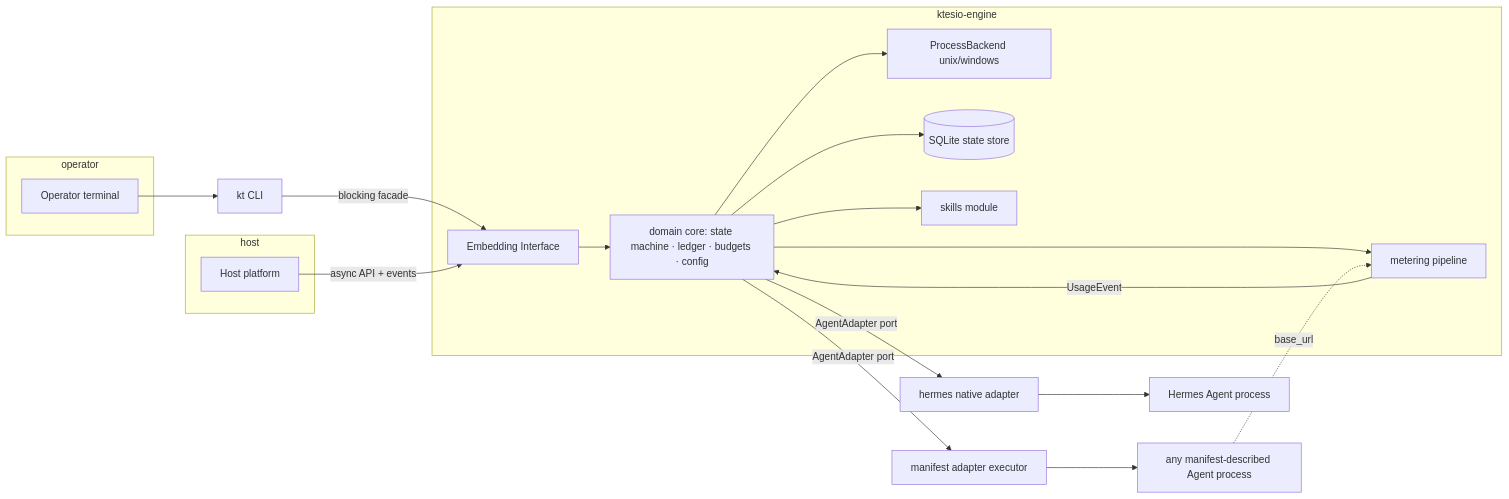
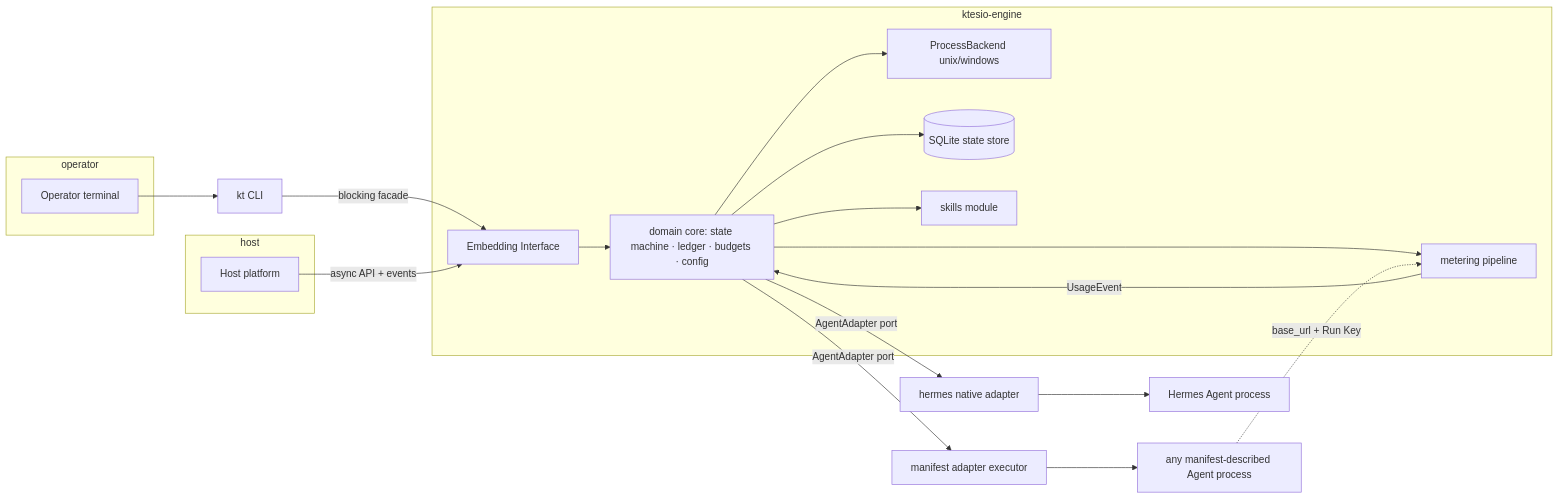
One commit to Ktesio/hekma changed the fourth of 4 diagrams in _bmad-output/planning-artifacts/architecture/architecture-ktesio-2026-07-02/ARCHITECTURE-SPINE.md. Above: the diagram before and after it, drawn with Mermaid. The commit also changed other lines of this file and 17 other files, not shown here.

````diff
--- a/_bmad-output/planning-artifacts/architecture/architecture-ktesio-2026-07-02/ARCHITECTURE-SPINE.md
+++ b/_bmad-output/planning-artifacts/architecture/architecture-ktesio-2026-07-02/ARCHITECTURE-SPINE.md
@@ -371,25 +508,25 @@
 ```mermaid
 graph LR
     subgraph operator
         OP[Operator terminal]
     end
     subgraph host
         HP[Host platform]
     end
     OP --> KT[kt CLI]
     KT -->|blocking facade| EI[Embedding Interface]
     HP -->|async API + events| EI
     subgraph engine [ktesio-engine]
         EI --> CORE[domain core: state machine · ledger · budgets · config]
         CORE --> PB[ProcessBackend unix/windows]
         CORE --> SS[(SQLite state store)]
         CORE --> MET[metering pipeline]
         CORE --> SK[skills module]
     end
     MET -->|UsageEvent| CORE
     CORE -->|AgentAdapter port| AD1[hermes native adapter]
     CORE -->|AgentAdapter port| AD2[manifest adapter executor]
     AD1 --> AG1[Hermes Agent process]
     AD2 --> AG2[any manifest-described Agent process]
-    AG2 -.base_url.-> MET
+    AG2 -.base_url + Run Key.-> MET
 ```
````
